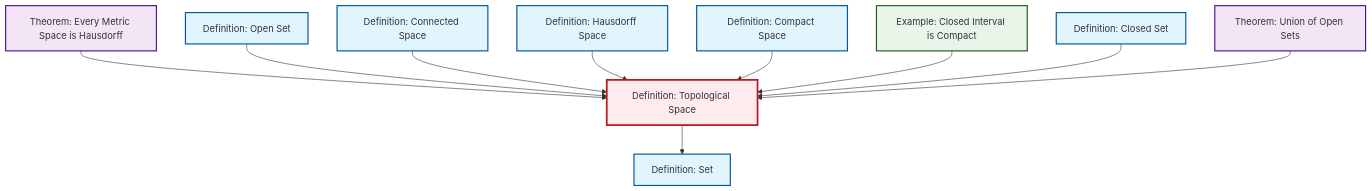
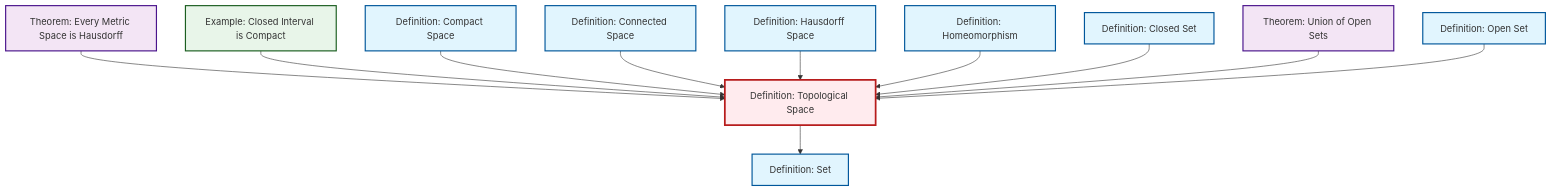
The diagram in content/ja/topology/def-topological-space.qmd (RK0429/ModernMath), drawn with Mermaid before and after one commit. The commit also changed 474 other files, not shown here.

````diff
--- a/content/ja/topology/def-topological-space.qmd
+++ b/content/ja/topology/def-topological-space.qmd
@@ -60,38 +60,41 @@
 ```{mermaid}
 %%| fig-cap: "Local dependency graph"
 graph TD
     classDef definition fill:#e1f5fe,stroke:#01579b,stroke-width:2px
     classDef theorem fill:#f3e5f5,stroke:#4a148c,stroke-width:2px
     classDef axiom fill:#fff3e0,stroke:#e65100,stroke-width:2px
     classDef example fill:#e8f5e9,stroke:#1b5e20,stroke-width:2px
     classDef current fill:#ffebee,stroke:#b71c1c,stroke-width:3px
-    def-topological-space["Definition: Topological Space"]:::definition
+    ex-closed-interval-compact["Example: Closed Interval is Compact"]:::example
+    thm-metric-hausdorff["Theorem: Every Metric Space is Hausdorff"]:::theorem
+    def-open-set["Definition: Open Set"]:::definition
     def-set["Definition: Set"]:::definition
-    def-closed-set["Definition: Closed Set"]:::definition
-    ex-closed-interval-compact["Example: Closed Interval is Compact"]:::example
+    def-homeomorphism["Definition: Homeomorphism"]:::definition
     thm-union-open-sets["Theorem: Union of Open Sets"]:::theorem
     def-connected["Definition: Connected Space"]:::definition
-    def-open-set["Definition: Open Set"]:::definition
+    def-closed-set["Definition: Closed Set"]:::definition
+    def-topological-space["Definition: Topological Space"]:::definition
     def-hausdorff["Definition: Hausdorff Space"]:::definition
-    thm-metric-hausdorff["Theorem: Every Metric Space is Hausdorff"]:::theorem
     def-compact["Definition: Compact Space"]:::definition
     thm-metric-hausdorff --> def-topological-space
-    def-open-set --> def-topological-space
+    def-topological-space --> def-set
+    ex-closed-interval-compact --> def-topological-space
+    def-compact --> def-topological-space
     def-connected --> def-topological-space
     def-hausdorff --> def-topological-space
-    def-compact --> def-topological-space
-    ex-closed-interval-compact --> def-topological-space
-    def-topological-space --> def-set
+    def-homeomorphism --> def-topological-space
     def-closed-set --> def-topological-space
     thm-union-open-sets --> def-topological-space
+    def-open-set --> def-topological-space
     class def-topological-space current
+    click ex-closed-interval-compact "ex-closed-interval-compact.html" "Example: Closed Interval is Compactへ"
+    click thm-metric-hausdorff "thm-metric-hausdorff.html" "Theorem: Every Metric Space is Hausdorffへ"
+    click def-open-set "def-open-set.html" "Definition: Open Setへ"
     click def-set "def-set.html" "Definition: Setへ"
-    click def-closed-set "def-closed-set.html" "Definition: Closed Setへ"
-    click ex-closed-interval-compact "ex-closed-interval-compact.html" "Example: Closed Interval is Compactへ"
+    click def-homeomorphism "def-homeomorphism.html" "Definition: Homeomorphismへ"
     click thm-union-open-sets "thm-union-open-sets.html" "Theorem: Union of Open Setsへ"
     click def-connected "def-connected.html" "Definition: Connected Spaceへ"
-    click def-open-set "def-open-set.html" "Definition: Open Setへ"
+    click def-closed-set "def-closed-set.html" "Definition: Closed Setへ"
     click def-hausdorff "def-hausdorff.html" "Definition: Hausdorff Spaceへ"
-    click thm-metric-hausdorff "thm-metric-hausdorff.html" "Theorem: Every Metric Space is Hausdorffへ"
     click def-compact "def-compact.html" "Definition: Compact Spaceへ"
 ```
````
